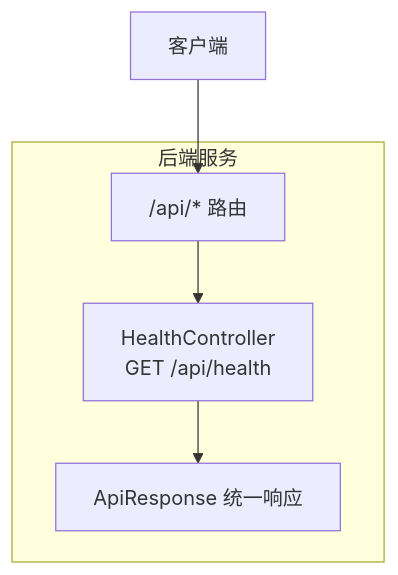
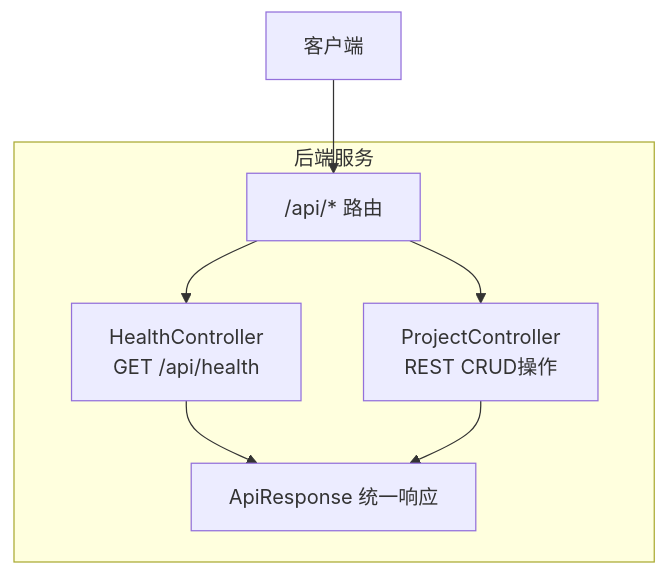
The first of 6 diagrams in .qoder/repowiki/zh/content/API接口文档.md (zhou9832/test1-qoder), drawn with Mermaid before and after one commit. The commit also changed other lines of this file and 48 other files, not shown here.

````diff
--- a/.qoder/repowiki/zh/content/API接口文档.md
+++ b/.qoder/repowiki/zh/content/API接口文档.md
@@ -33,11 +48,14 @@
 ```mermaid
 graph TB
 Client["客户端"] --> API["/api/* 路由"]
 API --> HC["HealthController<br/>GET /api/health"]
+API --> PC["ProjectController<br/>REST CRUD操作"]
 HC --> Resp["ApiResponse<T> 统一响应"]
+PC --> Resp
 subgraph "后端服务"
 API
 HC
+PC
 Resp
 end
 ```
````
